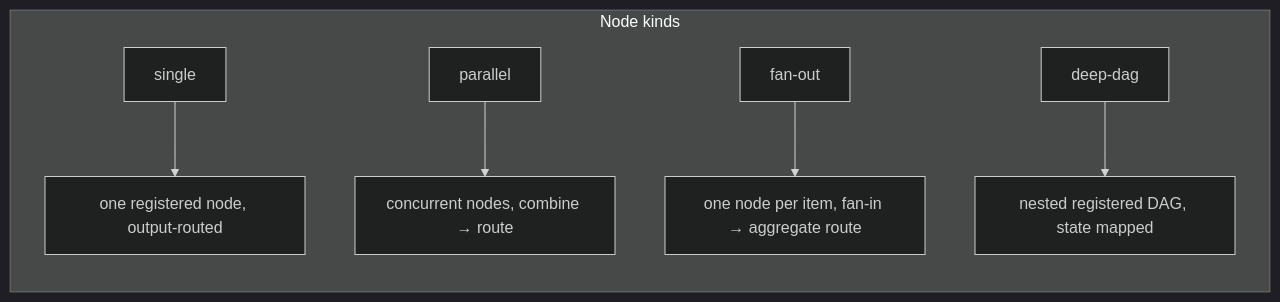
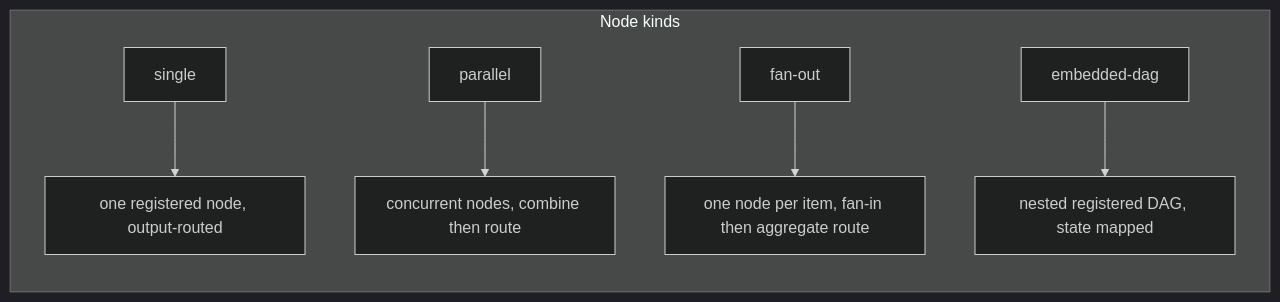
Before and after one commit to Studnicky/Dagonizer: the first of 2 diagrams in docs/architecture.md, drawn with Mermaid (dark theme). The commit also changed other lines of this file and 117 other files, not shown here.

````diff
--- a/docs/architecture.md
+++ b/docs/architecture.md
@@ -42,10 +80,10 @@
 ```mermaid
 flowchart TB
   subgraph kinds["Node kinds"]
     direction TB
     A[single] --> B[one registered node, output-routed]
-    C[parallel] --> D[concurrent nodes, combine → route]
-    E[fan-out] --> F[one node per item, fan-in → aggregate route]
-    G[deep-dag] --> H[nested registered DAG, state mapped]
+    C[parallel] --> D[concurrent nodes, combine then route]
+    E[fan-out] --> F[one node per item, fan-in then aggregate route]
+    G[embedded-dag] --> H[nested registered DAG, state mapped]
   end
 ```
````
